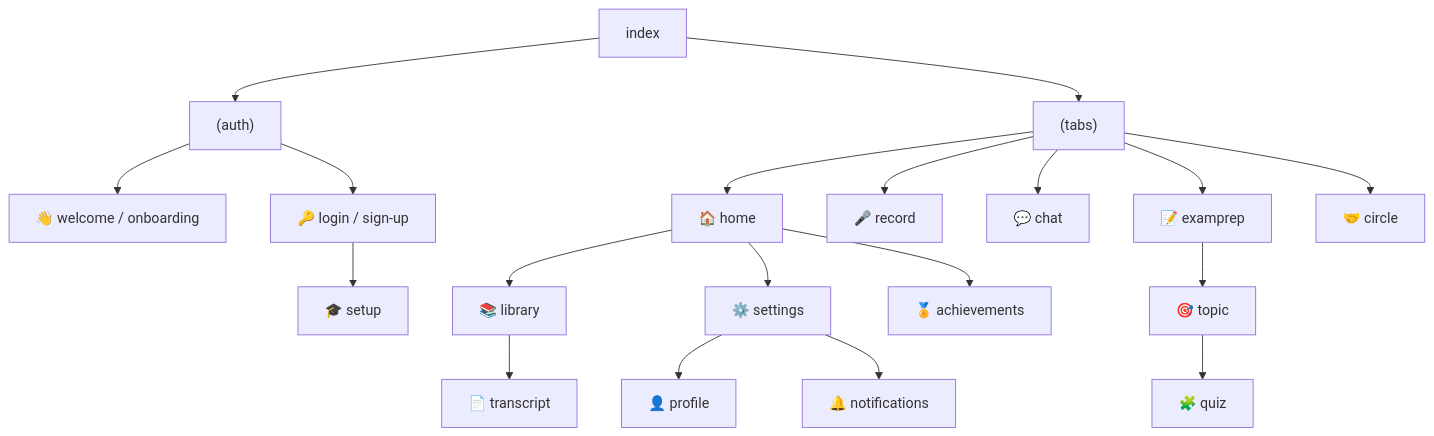
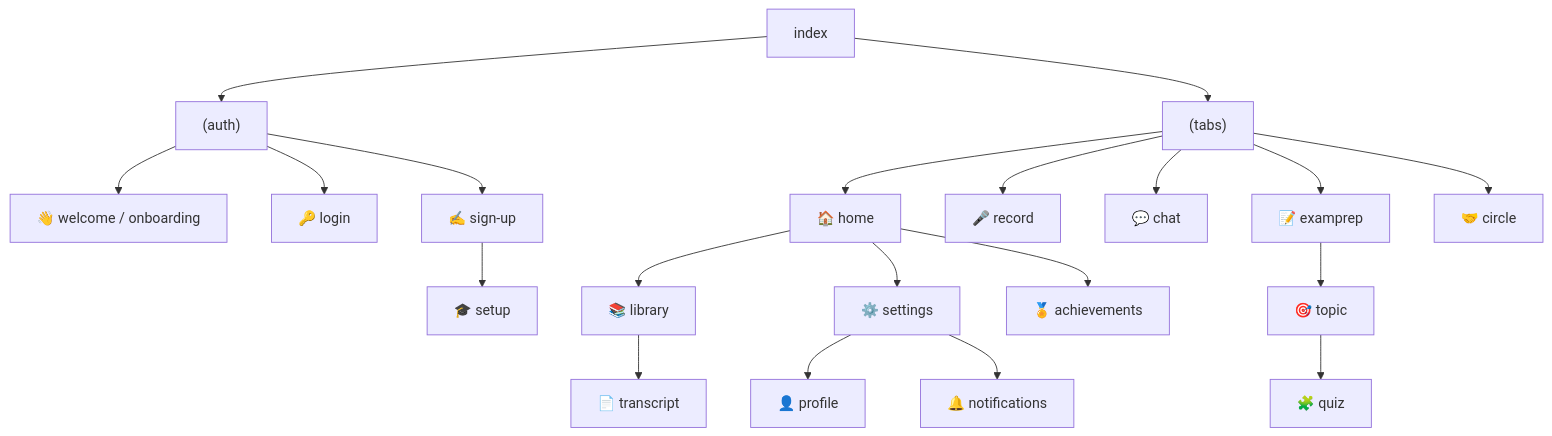
The diagram in README.md (Cleveft-Project/cleveft-frontend), drawn with Mermaid before and after one commit. The commit also changed other lines of this file, not shown here.

Commit message:
docs: show setup after sign-up only

````diff
--- a/README.md
+++ b/README.md
@@ -29,18 +29,18 @@
 ```mermaid
 flowchart TD
     I["index"] --> AU["(auth)"]
     I --> TB["(tabs)"]
     AU --> W["👋 welcome / onboarding"]
-    AU --> L["🔑 login / sign-up"]
-    L --> SE["🎓 setup"]
+    AU --> L["🔑 login"]
+    AU --> SU["✍️ sign-up"] --> SE["🎓 setup"]
     TB --> H["🏠 home"]
     TB --> R["🎤 record"]
     TB --> CH["💬 chat"]
     TB --> EP["📝 examprep"]
     TB --> CO["🤝 circle"]
     H --> LB["📚 library"] --> TR["📄 transcript"]
     EP --> TP["🎯 topic"] --> QZ["🧩 quiz"]
     H --> AC["🏅 achievements"]
     H --> ST["⚙️ settings"] --> PR["👤 profile"]
     ST --> NO["🔔 notifications"]
 ```
````
